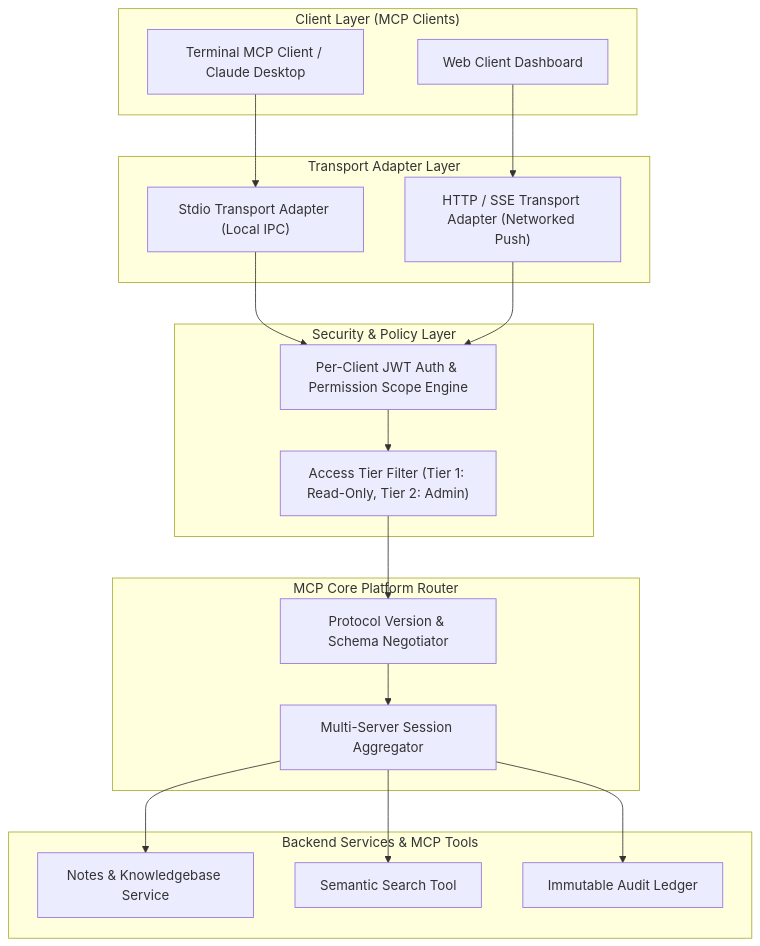
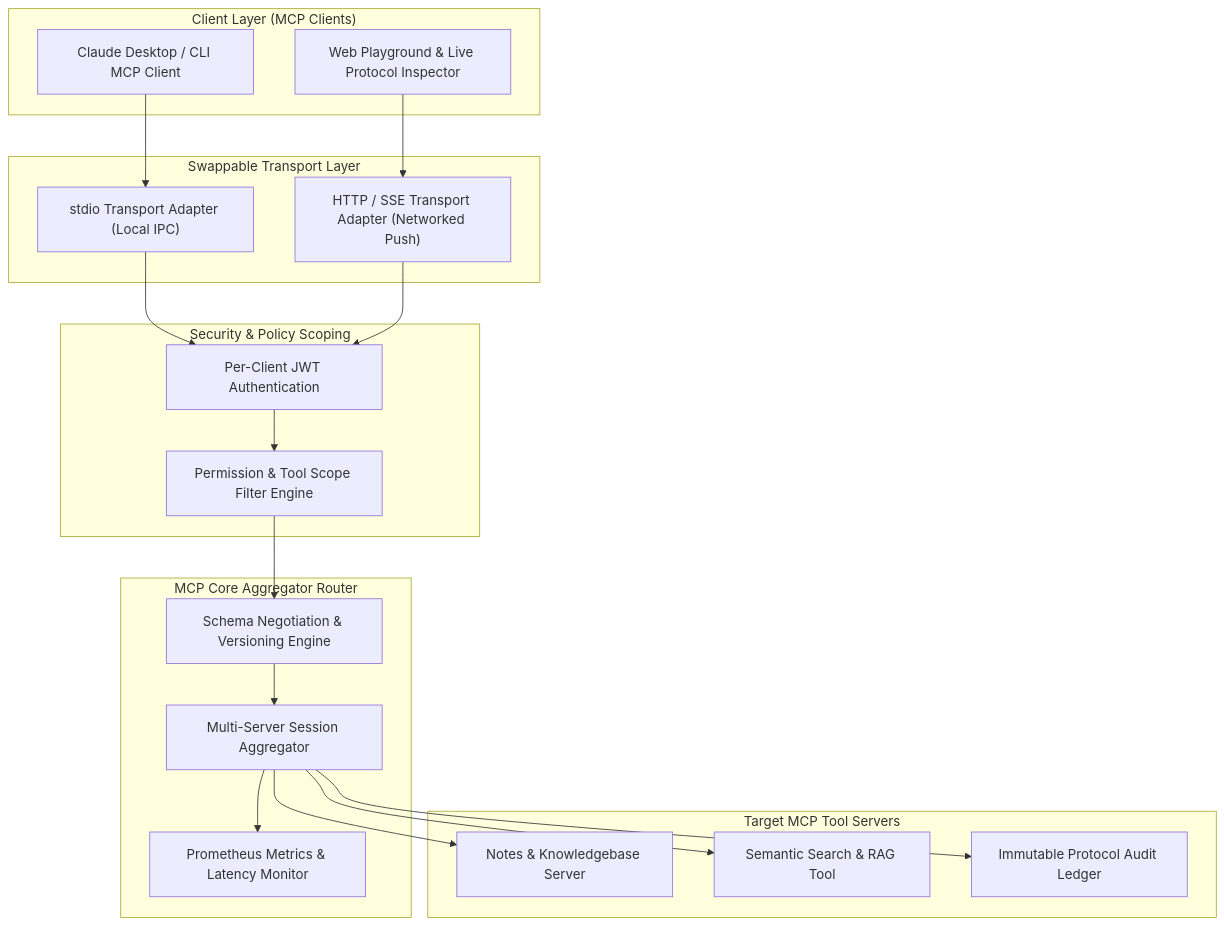
The first of 2 diagrams in README.md (SurbhiAgarwal1/OJT--2ndyr--Gen-AI), drawn with Mermaid before and after one commit. The commit also changed other lines of this file and 1 other file, not shown here.

Commit message:
docs: update README with official Agent-to-Agent (MCP) OJT specification & 12-week roadmap

````diff
--- a/README.md
+++ b/README.md
@@ -36,43 +40,45 @@
 ```mermaid
 graph TD
     subgraph ClientLayer["Client Layer (MCP Clients)"]
-        CLIClient["Terminal MCP Client / Claude Desktop"]
-        WebClient["Web Client Dashboard"]
+        ClaudeClient["Claude Desktop / CLI MCP Client"]
+        WebPlayground["Web Playground & Live Protocol Inspector"]
     end
 
-    subgraph TransportLayer["Transport Adapter Layer"]
-        StdioTrans["Stdio Transport Adapter (Local IPC)"]
+    subgraph TransportLayer["Swappable Transport Layer"]
+        StdioTrans["stdio Transport Adapter (Local IPC)"]
         SSETrans["HTTP / SSE Transport Adapter (Networked Push)"]
     end
 
-    subgraph SecurityLayer["Security & Policy Layer"]
-        AuthEngine["Per-Client JWT Auth & Permission Scope Engine"]
-        TierFilter["Access Tier Filter (Tier 1: Read-Only, Tier 2: Admin)"]
+    subgraph SecurityLayer["Security & Policy Scoping"]
+        JWTAuth["Per-Client JWT Authentication"]
+        ScopeFilter["Permission & Tool Scope Filter Engine"]
     end
 
-    subgraph CoreEngine["MCP Core Platform Router"]
-        Aggregator["Multi-Server Session Aggregator"]
-        SchemaNegotiator["Protocol Version & Schema Negotiator"]
+    subgraph RouterEngine["MCP Core Aggregator Router"]
+        MultiAggregator["Multi-Server Session Aggregator"]
+        VersionNegotiator["Schema Negotiation & Versioning Engine"]
+        MetricsExporter["Prometheus Metrics & Latency Monitor"]
     end
 
-    subgraph Microservices["Backend Services & MCP Tools"]
-        NotesService["Notes & Knowledgebase Service"]
-        SearchService["Semantic Search Tool"]
-        AuditLedger["Immutable Audit Ledger"]
+    subgraph ServerLayer["Target MCP Tool Servers"]
+        NotesServer["Notes & Knowledgebase Server"]
+        SearchServer["Semantic Search & RAG Tool"]
+        AuditLedger["Immutable Protocol Audit Ledger"]
     end
 
     %% Flow Connections
-    CLIClient --> StdioTrans
-    WebClient --> SSETrans
+    ClaudeClient --> StdioTrans
+    WebPlayground --> SSETrans
 
-    StdioTrans --> AuthEngine
-    SSETrans --> AuthEngine
+    StdioTrans --> JWTAuth
+    SSETrans --> JWTAuth
 
-    AuthEngine --> TierFilter
-    TierFilter --> SchemaNegotiator
-    SchemaNegotiator --> Aggregator
+    JWTAuth --> ScopeFilter
+    ScopeFilter --> VersionNegotiator
+    VersionNegotiator --> MultiAggregator
+    MultiAggregator --> MetricsExporter
 
-    Aggregator --> NotesService
-    Aggregator --> SearchService
-    Aggregator --> AuditLedger
+    MultiAggregator --> NotesServer
+    MultiAggregator --> SearchServer
+    MultiAggregator --> AuditLedger
 ```
````
